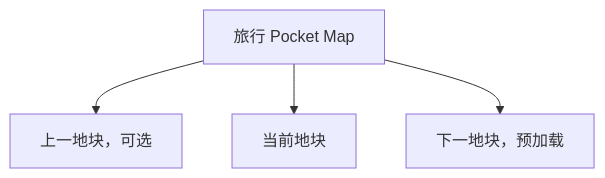
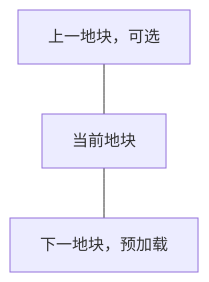
The third of 3 diagrams in doc/无缝世界地块探索.md (Laurence-042/RimExodus), drawn with Mermaid before and after one commit. The commit also changed other lines of this file and 3 other files, not shown here.

Commit message:
docs: Update phase roadmap to reflect changes in project architecture and task prioritization

````diff
--- a/doc/无缝世界地块探索.md
+++ b/doc/无缝世界地块探索.md
@@ -200,7 +212,6 @@
 ```mermaid
 flowchart TB
-    P[旅行 Pocket Map]
-    P --> A[上一地块，可选]
-    P --> B[当前地块]
-    P --> C[下一地块，预加载]
+    A[上一地块，可选]
+    A --- B[当前地块]
+    B --- C[下一地块，预加载]
 ```
````
